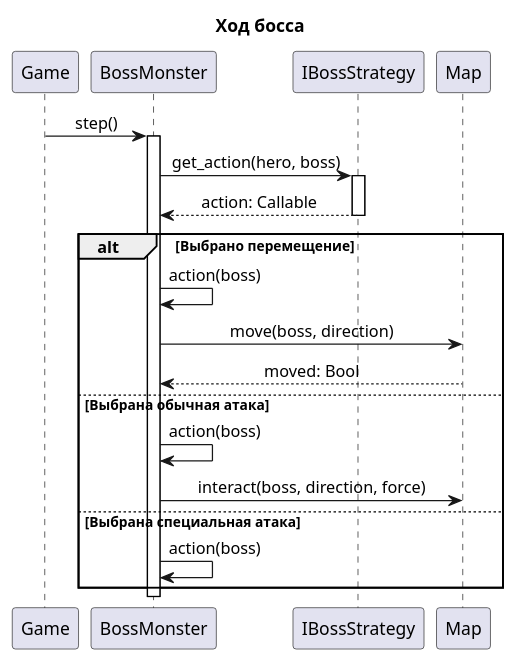
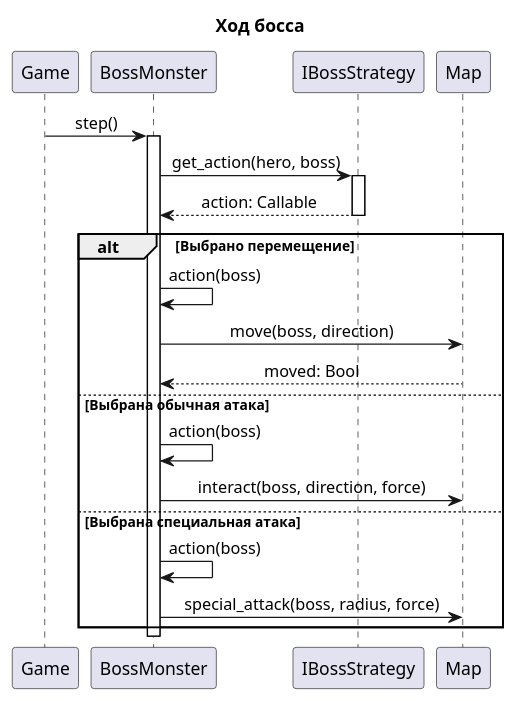
One commit to ISArchitec/Roguelike changed the diagram in docs/diagrams/sequence/sequence_boss.plantuml. Above: the diagram before and after it, drawn with PlantUML. The commit also changed 3 other files, not shown here.

Commit message:
fix: normal and special attack flows

```diff
--- a/docs/diagrams/sequence/sequence_boss.plantuml
+++ b/docs/diagrams/sequence/sequence_boss.plantuml
@@ -1,31 +1,32 @@
 @startuml
 skinparam shadowing false
 skinparam sequenceParticipant roundCorner 0
 skinparam sequenceLifeLineBorderColor black
 skinparam sequenceLifeLineBackgroundColor white
 skinparam sequenceMessageAlign center
 title Ход босса
 
 participant Game
 participant BossMonster as Boss
 participant IBossStrategy as Strategy
 participant Map
 
 Game -> Boss: step()
 activate Boss
 Boss -> Strategy: get_action(hero, boss)
 activate Strategy
 Strategy --> Boss: action: Callable
 deactivate Strategy
 alt Выбрано перемещение
     Boss -> Boss: action(boss)
     Boss -> Map: move(boss, direction)
     Map --> Boss: moved: Bool
 else Выбрана обычная атака
     Boss -> Boss: action(boss)
     Boss -> Map: interact(boss, direction, force)
 else Выбрана специальная атака
     Boss -> Boss: action(boss)
+    Boss -> Map: special_attack(boss, radius, force)
 end
 deactivate Boss
 @enduml
```
